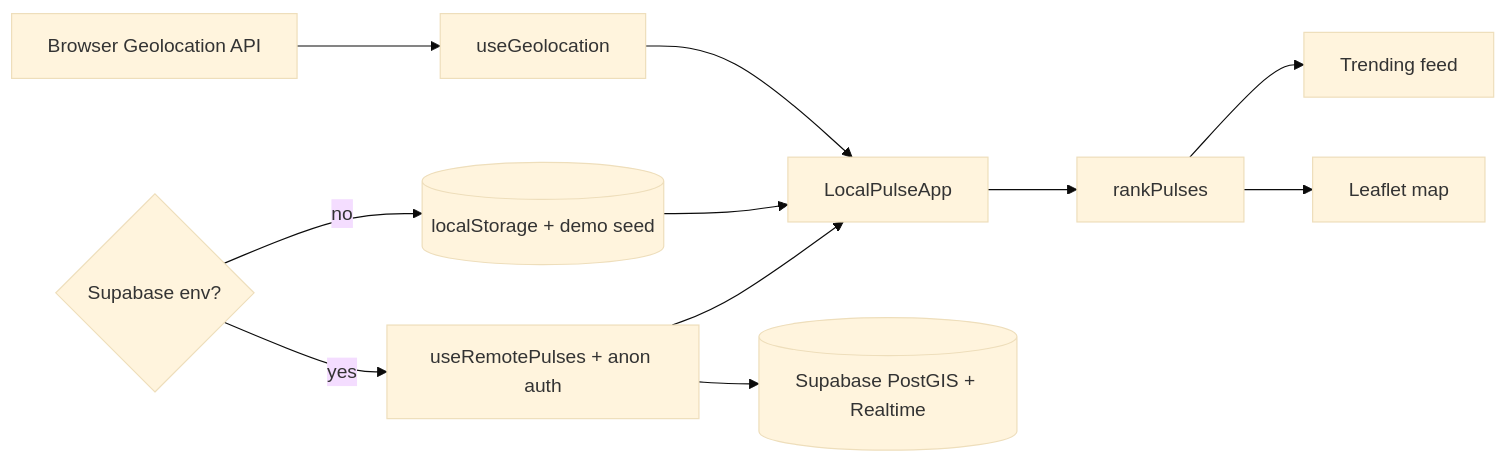
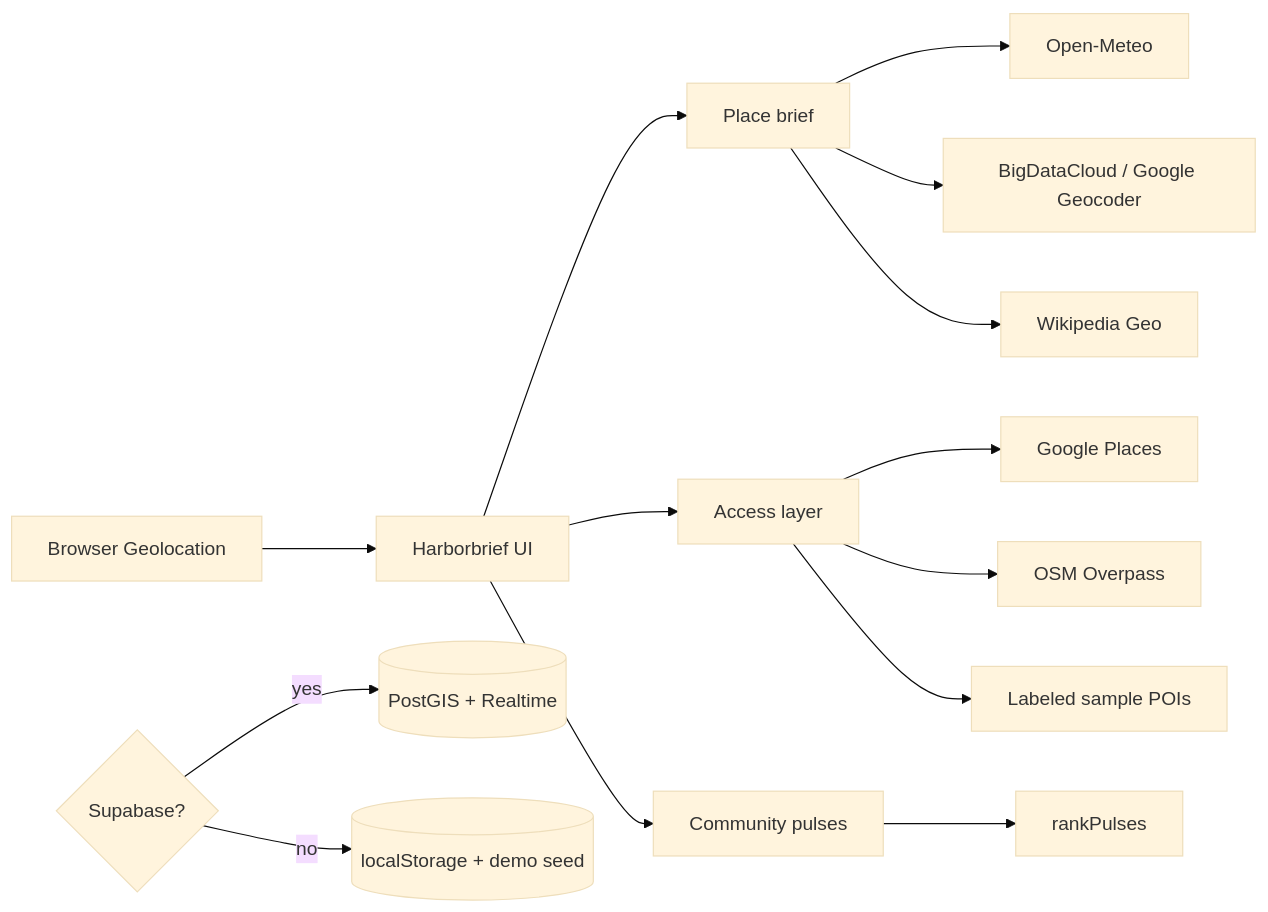
One commit to dipak5501/localpulse changed the diagram in README.md. Above: the diagram before and after it, drawn with Mermaid (base theme). The commit also changed other lines of this file and 27 other files, not shown here.

First line of the commit message:
Rebrand as Harborbrief: living place briefs beyond trending pins.

````diff
--- a/README.md
+++ b/README.md
@@ -40,14 +74,17 @@
 ```mermaid
 flowchart LR
-  GPS[Browser Geolocation API] --> Hook[useGeolocation]
-  Hook --> App[LocalPulseApp]
-  Env{Supabase env?}
-  Env -->|yes| Remote[useRemotePulses + anon auth]
-  Env -->|no| Store[(localStorage + demo seed)]
-  Remote --> SB[(Supabase PostGIS + Realtime)]
-  Store --> App
-  Remote --> App
-  App --> Rank[rankPulses]
-  Rank --> Feed[Trending feed]
-  Rank --> Map[Leaflet map]
+  GPS[Browser Geolocation] --> App[Harborbrief UI]
+  App --> Brief[Place brief]
+  Brief --> Weather[Open-Meteo]
+  Brief --> Geo[BigDataCloud / Google Geocoder]
+  Brief --> Wiki[Wikipedia Geo]
+  App --> Access[Access layer]
+  Access --> Places[Google Places]
+  Access --> OSM[OSM Overpass]
+  Access --> Demo[Labeled sample POIs]
+  App --> Pulses[Community pulses]
+  Pulses --> Rank[rankPulses]
+  Env{Supabase?}
+  Env -->|yes| SB[(PostGIS + Realtime)]
+  Env -->|no| Local[(localStorage + demo seed)]
 ```
````
